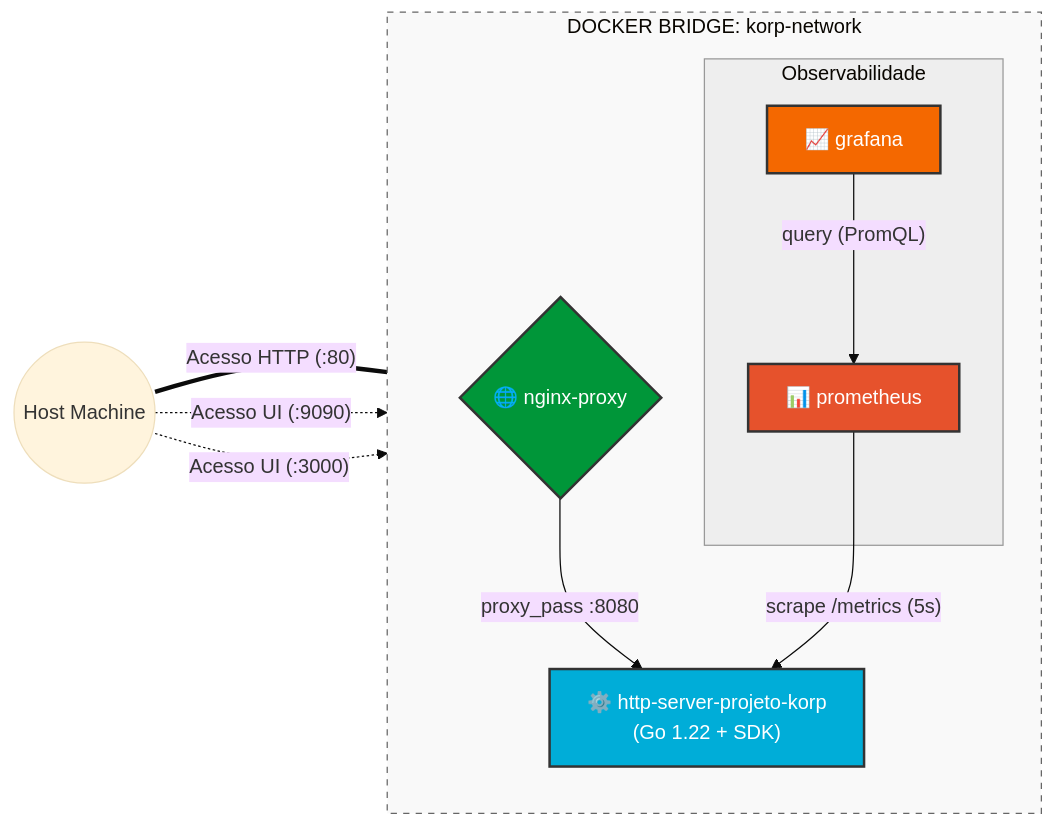
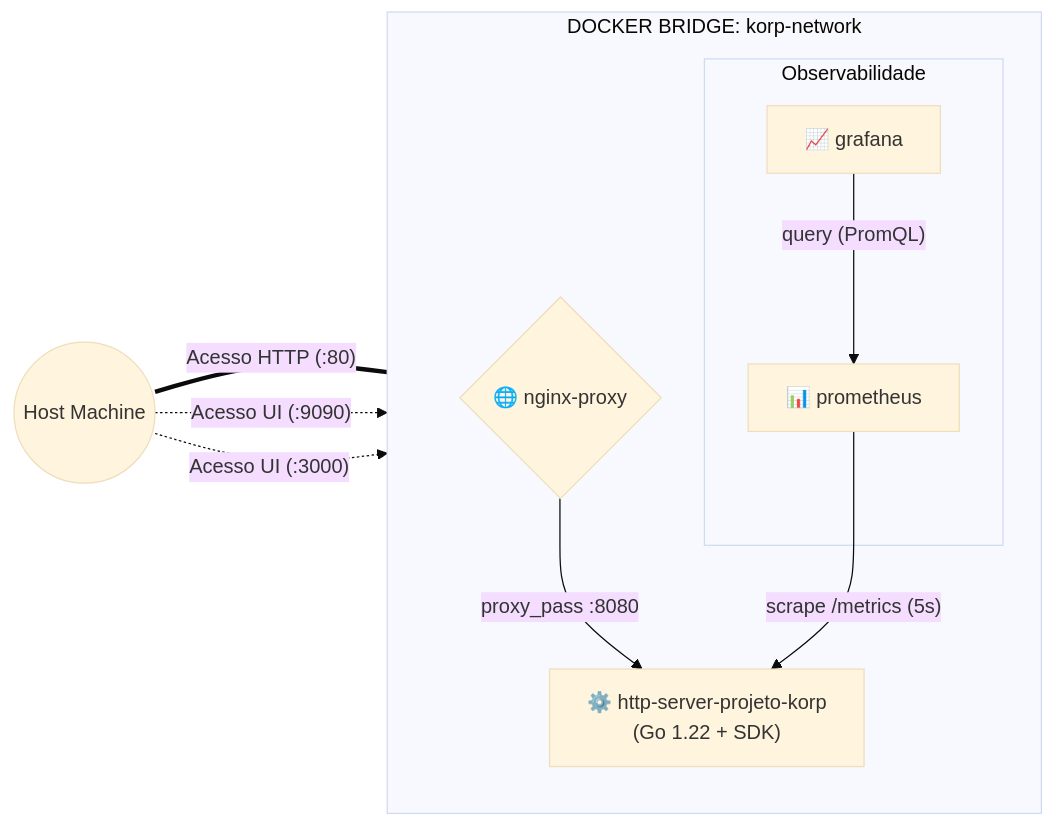
Before and after one commit to devjanBarbosa/desafio-devops-korp: the diagram in README.md, drawn with Mermaid (base theme).

Commit message:
readme change

````diff
--- a/README.md
+++ b/README.md
@@ -9,42 +9,32 @@
 ```mermaid
 flowchart LR
     %% Entidade Externa
     Client((Host Machine))
 
     %% Malha de Rede
     subgraph Docker [DOCKER BRIDGE: korp-network]
         direction TB
         
         %% Componentes Principais
         Nginx{"🌐 nginx-proxy"}
         API["⚙️ http-server-projeto-korp\n(Go 1.22 + SDK)"]
         
         %% Agrupamento de Monitoramento
         subgraph SRE [Observabilidade]
             Prom["📊 prometheus"]
             Grafana["📈 grafana"]
         end
     end
 
     %% Fluxo de Tráfego de Negócio
     Client == "Acesso HTTP (:80)" === Nginx
     Nginx -- "proxy_pass :8080" --> API
 
     %% Fluxo de Telemetria
     Prom -- "scrape /metrics (5s)" --> API
     Grafana -- "query (PromQL)" --> Prom
 
     %% Acesso aos Dashboards/Painéis
     Client -. "Acesso UI (:9090)" .-> Prom
     Client -. "Acesso UI (:3000)" .-> Grafana
-
-    %% Estilos de Cores Padrão das Ferramentas
-    style API fill:#00ADD8,stroke:#333,stroke-width:2px,color:#fff
-    style Nginx fill:#009639,stroke:#333,stroke-width:2px,color:#fff
-    style Prom fill:#E6522C,stroke:#333,stroke-width:2px,color:#fff
-    style Grafana fill:#F46800,stroke:#333,stroke-width:2px,color:#fff
-    
-    %% Estilo dos Containers de Rede
-    style Docker fill:#f9f9f9,stroke:#666,stroke-width:1px,stroke-dasharray: 5 5
-    style SRE fill:#eeeeee,stroke:#999,stroke-width:1px
 ```
````
